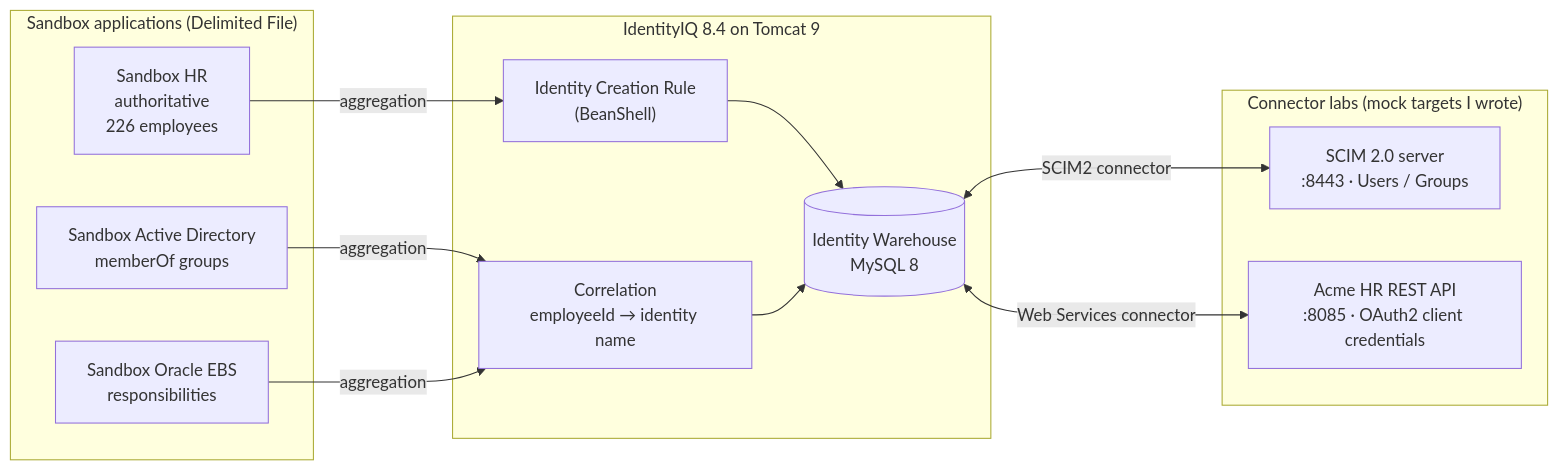
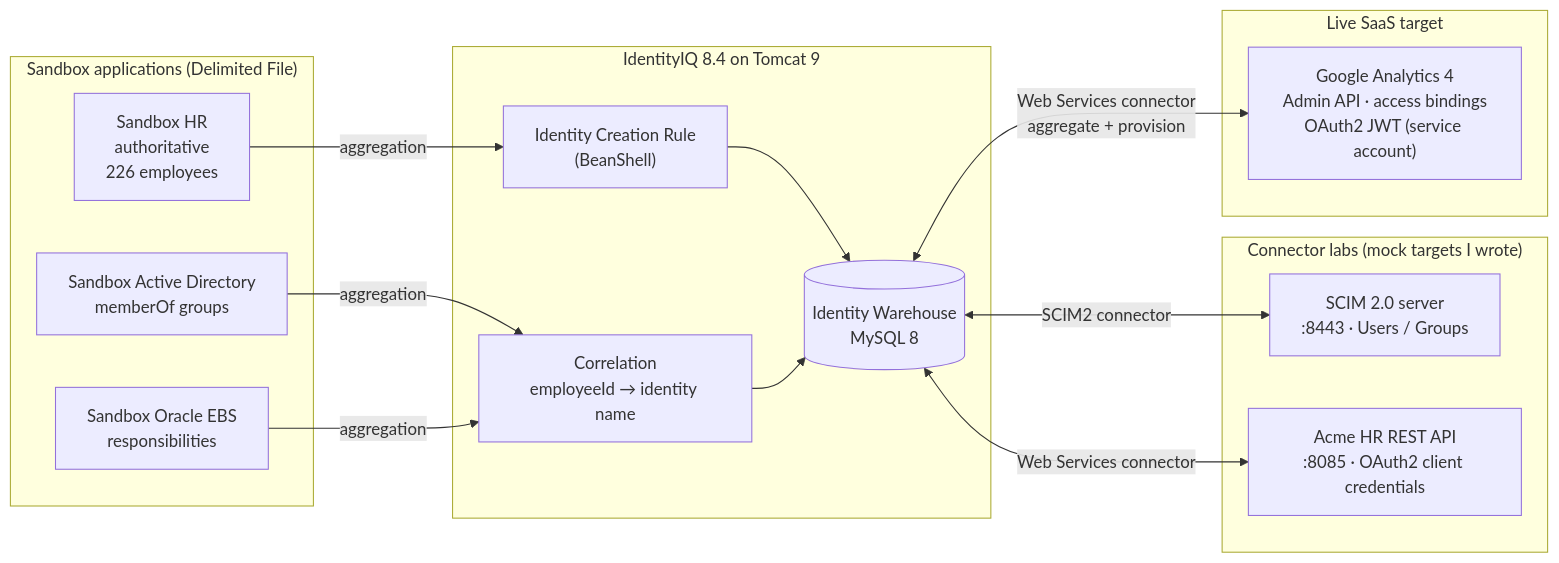
One commit to jackturner9395/iiq-sandbox-lab changed the diagram in README.md. Above: the diagram before and after it, drawn with Mermaid. The commit also changed other lines of this file and 8 other files, not shown here.

First line of the commit message:
Add Google Analytics connector: live GA4 Admin API provisioning

````diff
--- a/README.md
+++ b/README.md
@@ -12,26 +13,31 @@
 ```mermaid
 flowchart LR
     subgraph Sources["Sandbox applications (Delimited File)"]
         HR["Sandbox HR<br/>authoritative<br/>226 employees"]
         AD["Sandbox Active Directory<br/>memberOf groups"]
         EBS["Sandbox Oracle EBS<br/>responsibilities"]
     end
 
     subgraph IIQ["IdentityIQ 8.4 on Tomcat 9"]
         CR["Identity Creation Rule<br/>(BeanShell)"]
         CORR["Correlation<br/>employeeId → identity name"]
         WH[("Identity Warehouse<br/>MySQL 8")]
     end
 
     subgraph Mocks["Connector labs (mock targets I wrote)"]
         SCIM["SCIM 2.0 server<br/>:8443 · Users / Groups"]
         WS["Acme HR REST API<br/>:8085 · OAuth2 client credentials"]
     end
 
     HR -->|aggregation| CR --> WH
     AD -->|aggregation| CORR
     EBS -->|aggregation| CORR
     CORR --> WH
     WH <-->|SCIM2 connector| SCIM
     WH <-->|Web Services connector| WS
+
+    subgraph SaaS["Live SaaS target"]
+        GA["Google Analytics 4<br/>Admin API · access bindings<br/>OAuth2 JWT (service account)"]
+    end
+    WH <-->|"Web Services connector<br/>aggregate + provision"| GA
 ```
````
